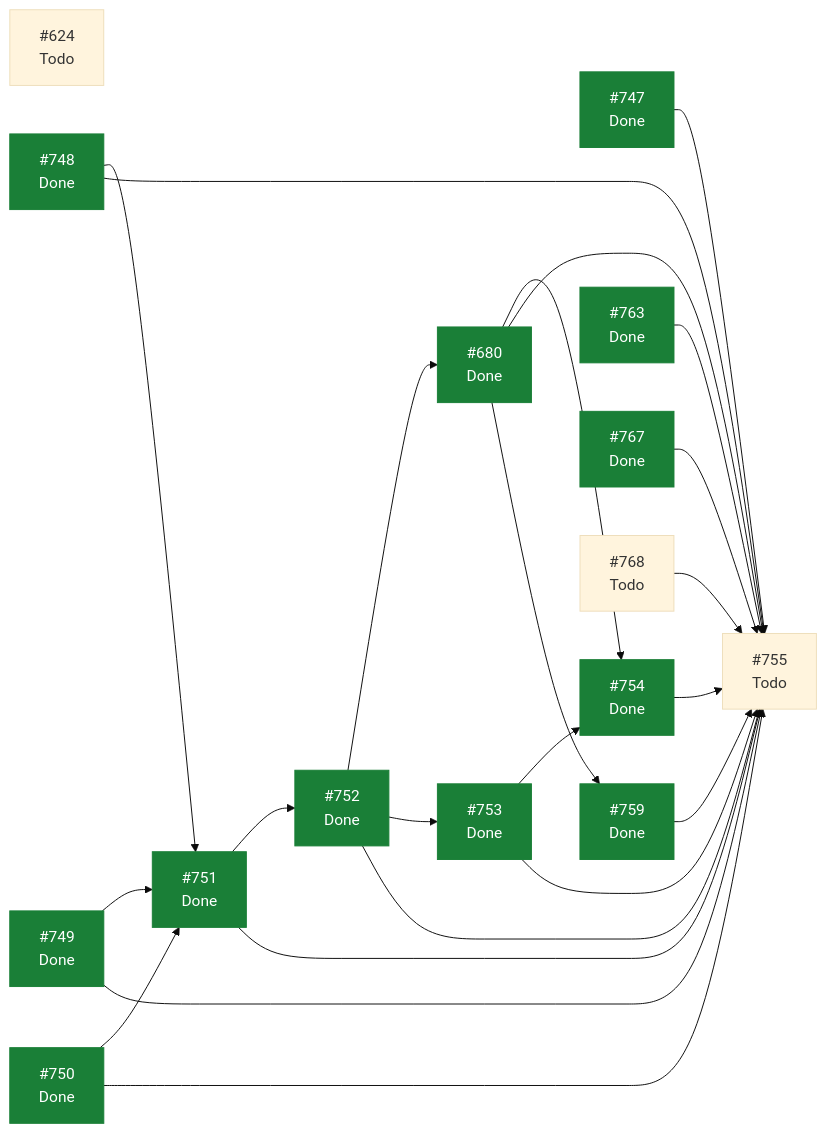
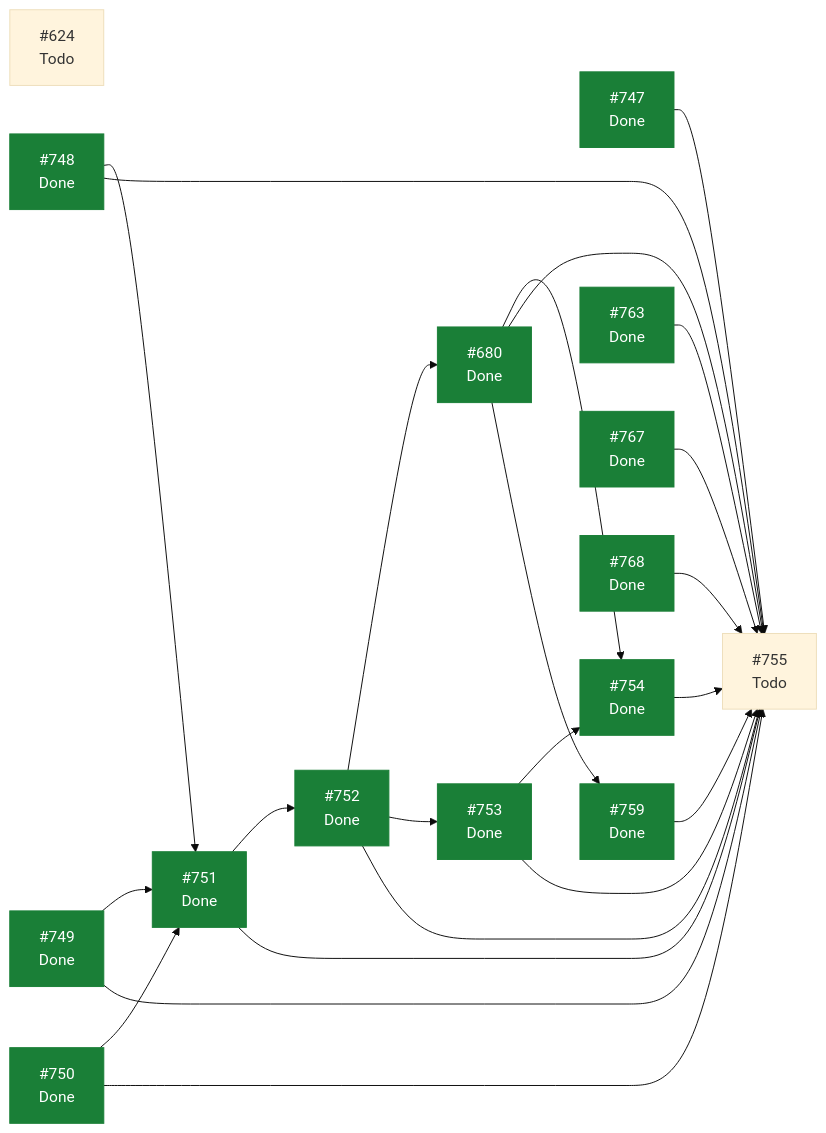
One commit to ecamp0s/evault changed the diagram in docs/planning/STATUS.md. Above: the diagram before and after it, drawn with Mermaid (base theme). The commit also changed other lines of this file, not shown here.

````diff
--- a/docs/planning/STATUS.md
+++ b/docs/planning/STATUS.md
@@ -102,42 +102,42 @@
 ```mermaid
 graph LR
   I624["#624<br/>Todo"]
   I680["#680<br/>Done"]
   I747["#747<br/>Done"]
   I748["#748<br/>Done"]
   I749["#749<br/>Done"]
   I750["#750<br/>Done"]
   I751["#751<br/>Done"]
   I752["#752<br/>Done"]
   I753["#753<br/>Done"]
   I754["#754<br/>Done"]
   I755["#755<br/>Todo"]
   I759["#759<br/>Done"]
   I763["#763<br/>Done"]
   I767["#767<br/>Done"]
-  I768["#768<br/>Todo"]
+  I768["#768<br/>Done"]
   I680 --> I754
   I680 --> I755
   I680 --> I759
   I747 --> I755
   I748 --> I751
   I748 --> I755
   I749 --> I751
   I749 --> I755
   I750 --> I751
   I750 --> I755
   I751 --> I752
   I751 --> I755
   I752 --> I680
   I752 --> I753
   I752 --> I755
   I753 --> I754
   I753 --> I755
   I754 --> I755
   I759 --> I755
   I763 --> I755
   I767 --> I755
   I768 --> I755
   classDef hecho fill:#1a7f37,stroke:#1a7f37,color:#fff;
-  class I680,I747,I748,I749,I750,I751,I752,I753,I754,I759,I763,I767 hecho;
+  class I680,I747,I748,I749,I750,I751,I752,I753,I754,I759,I763,I767,I768 hecho;
 ```
````
